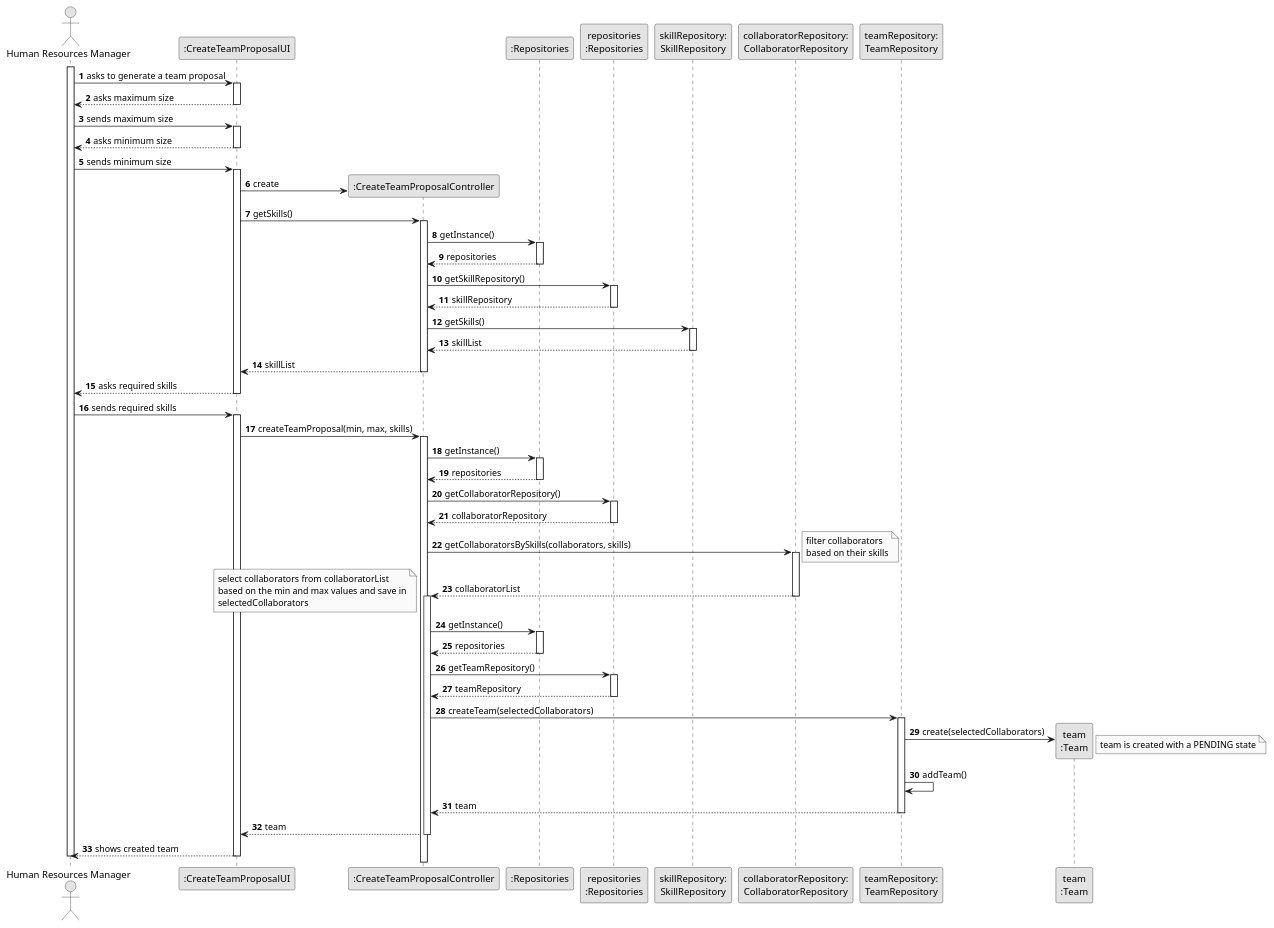
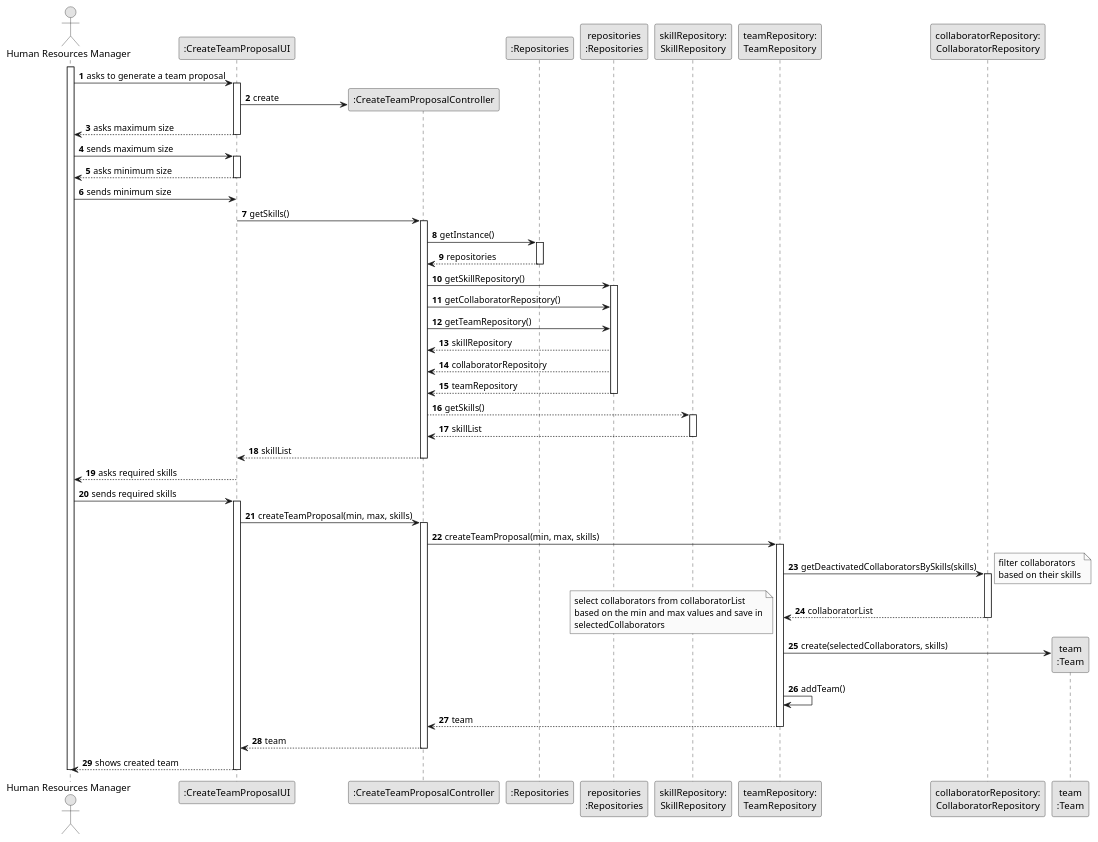
Before and after one commit to Departamento-de-Engenharia-Informatica/lei-24-s2-1do-g164: the diagram in docs/sprintB/us005/03.design/puml/us005-sequence-diagram-full.puml, drawn with PlantUML. The commit also changed 8 other files, not shown here.

```diff
--- a/docs/sprintB/us005/03.design/puml/us005-sequence-diagram-full.puml
+++ b/docs/sprintB/us005/03.design/puml/us005-sequence-diagram-full.puml
@@ -1,107 +1,108 @@
 @startuml
 skinparam monochrome true
 skinparam packageStyle rectangle
 skinparam shadowing false
 
 autonumber
 
 actor "Human Resources Manager" as HRM
 participant ":CreateTeamProposalUI" as UI
 participant ":CreateTeamProposalController" as CTRL
 participant ":Repositories" as RepositorySingleton
 participant "repositories\n:Repositories" as PLAT
 participant "skillRepository:\nSkillRepository" as SkillRepository
+participant "teamRepository:\nTeamRepository" as TeamRepository
 participant "collaboratorRepository:\nCollaboratorRepository" as CollaboratorRepository
-participant "teamRepository:\nTeamRepository" as TeamRepository
+
 ' participant "taskCategoryRepository:\nTaskCategoryRepository" as TaskCategoryRepository
 ' participant ":ApplicationSession" as _APP
 ' participant "appSession\n:ApplicationSession" as APP
 ' participant "currentSession\n:UserSession" as SESSAO
 ' participant "organizationRepository:\nOrganizationRepository" as OrganizationRepository
 ' participant "organization\n:Organization" as ORG
 participant "team\n:Team" as TEAM
 
 activate HRM
   HRM -> UI : asks to generate a team proposal
   activate UI
+
+      UI -> CTRL** : create
     UI --> HRM : asks maximum size
   deactivate UI
 
   HRM -> UI : sends maximum size
   activate UI
     UI --> HRM : asks minimum size
   deactivate UI
 
   HRM -> UI : sends minimum size
-  activate UI
-    UI -> CTRL** : create
+
     UI -> CTRL : getSkills()
     activate CTRL
       CTRL -> RepositorySingleton : getInstance()
       activate RepositorySingleton
         RepositorySingleton --> CTRL : repositories
       deactivate RepositorySingleton
 
       CTRL -> PLAT : getSkillRepository()
       activate PLAT
-        PLAT --> CTRL : skillRepository
-      deactivate PLAT
 
-      CTRL -> SkillRepository : getSkills()
-      activate SkillRepository
+       CTRL -> PLAT : getCollaboratorRepository()
+
+
+       CTRL -> PLAT : getTeamRepository()
+       PLAT --> CTRL : skillRepository
+
+
+
+      PLAT --> CTRL : collaboratorRepository
+
+      PLAT --> CTRL : teamRepository
+        deactivate PLAT
+
+
+
+CTRL --> SkillRepository: getSkills()
+activate SkillRepository
+
         SkillRepository --> CTRL : skillList
       deactivate SkillRepository
       CTRL --> UI : skillList
     deactivate CTRL
 
     UI --> HRM : asks required skills
   deactivate UI
 
   HRM -> UI : sends required skills
   activate UI
     UI -> CTRL : createTeamProposal(min, max, skills)
     activate CTRL
-      CTRL -> RepositorySingleton : getInstance()
-      activate RepositorySingleton
-        RepositorySingleton --> CTRL : repositories
-      deactivate RepositorySingleton
-
-      CTRL -> PLAT : getCollaboratorRepository()
-      activate PLAT
-        PLAT --> CTRL : collaboratorRepository
-      deactivate PLAT
-
-      CTRL -> CollaboratorRepository : getCollaboratorsBySkills(collaborators, skills)
-      note right : filter collaborators\nbased on their skills
-      activate CollaboratorRepository
-        CollaboratorRepository --> CTRL : collaboratorList
-      deactivate CollaboratorRepository
-      note bottom : select collaborators from collaboratorList\nbased on the min and max values and save in\nselectedCollaborators
 
 
-activate CTRL
-      CTRL -> RepositorySingleton : getInstance()
-      activate RepositorySingleton
-        RepositorySingleton --> CTRL : repositories
-      deactivate RepositorySingleton
+    CTRL -> TeamRepository : createTeamProposal(min, max, skills)
+    activate TeamRepository
+
+    TeamRepository -> CollaboratorRepository : getDeactivatedCollaboratorsBySkills(skills)
+          note right : filter collaborators\nbased on their skills
+          activate CollaboratorRepository
+            CollaboratorRepository --> TeamRepository : collaboratorList
+
+
+          deactivate CollaboratorRepository
+          note bottom : select collaborators from collaboratorList\nbased on the min and max values and save in\nselectedCollaborators
 
 
 
-      CTRL -> PLAT : getTeamRepository()
-      activate PLAT
-        PLAT --> CTRL : teamRepository
-      deactivate PLAT
 
-      CTRL -> TeamRepository : createTeam(selectedCollaborators)
-      activate TeamRepository
-        TeamRepository -> TEAM** : create(selectedCollaborators)
-        note right : team is created with a PENDING state
+
+        TeamRepository -> TEAM** : create(selectedCollaborators, skills)
+
         TeamRepository -> TeamRepository : addTeam()
         TeamRepository --> CTRL : team
       deactivate TeamRepository
       CTRL --> UI : team
     deactivate CTRL
     UI --> HRM : shows created team
   deactivate UI
 deactivate HRM
 @enduml
```
